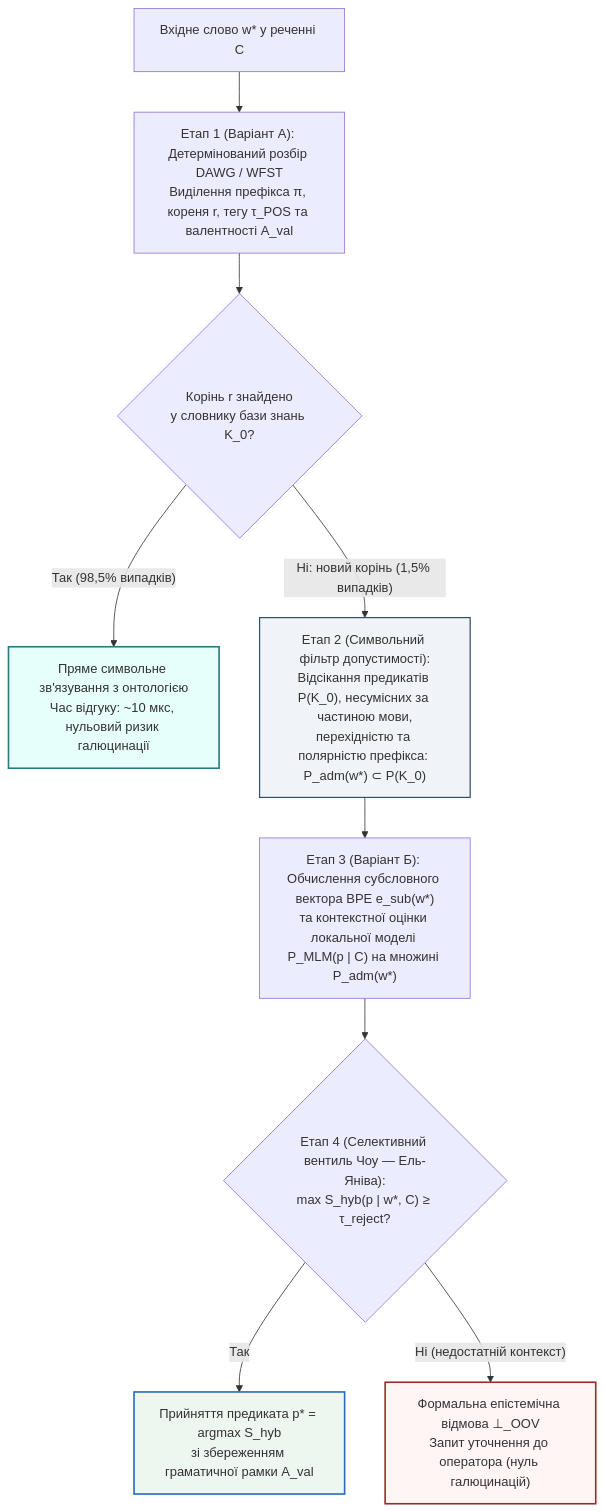
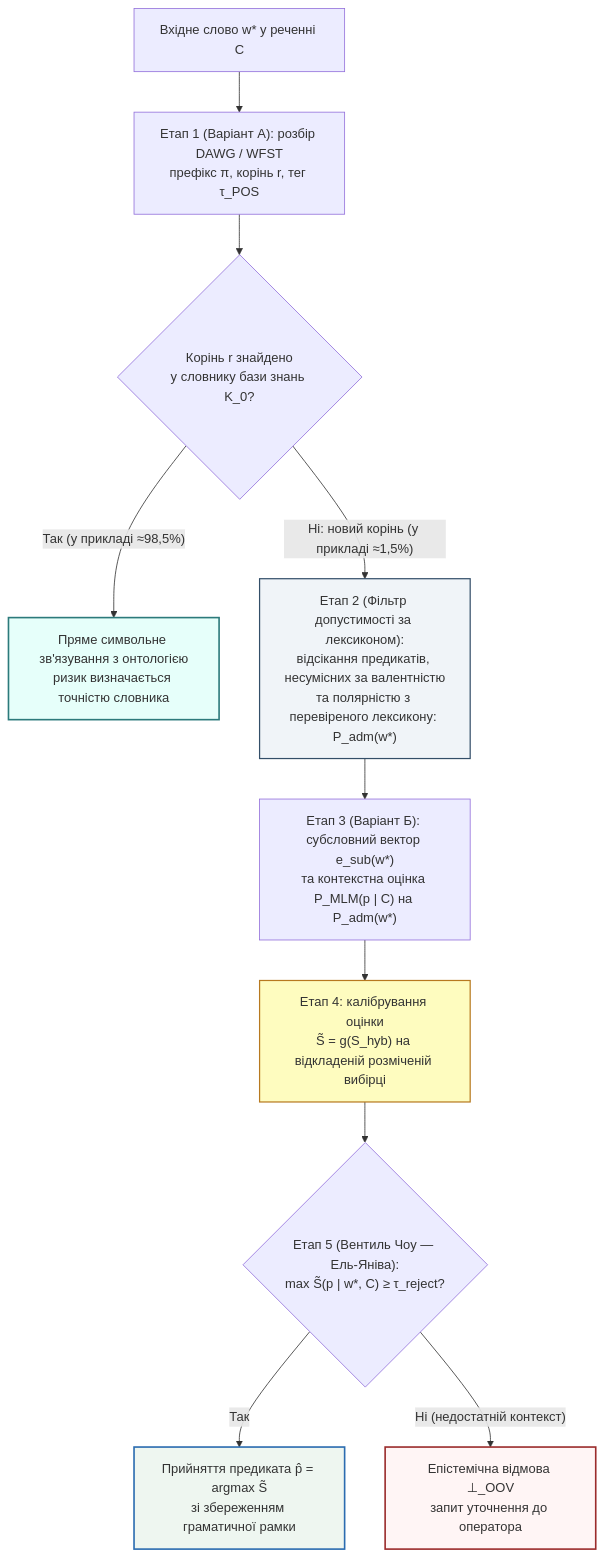
One commit to nick-fedchik/articles changed the diagram in Isolated_Expert_Systems/ch04-subsymbolic-bpe-local-mlm-and-hybrid-architecture.md. Above: the diagram before and after it, drawn with Mermaid. The commit also changed other lines of this file and 7 other files, not shown here.

````diff
--- a/Isolated_Expert_Systems/ch04-subsymbolic-bpe-local-mlm-and-hybrid-architecture.md
+++ b/Isolated_Expert_Systems/ch04-subsymbolic-bpe-local-mlm-and-hybrid-architecture.md
@@ -77,19 +80,21 @@
 ```mermaid
 flowchart TD
-    Token["Вхідне слово w* у реченні C"] --> Step1["Етап 1 (Варіант А): Детермінований розбір DAWG / WFST<br/>Виділення префікса π, кореня r, тегу τ_POS та валентності A_val"]
+    Token["Вхідне слово w* у реченні C"] --> Step1["Етап 1 (Варіант А): розбір DAWG / WFST<br/>префікс π, корінь r, тег τ_POS"]
     Step1 --> KnownCheck{"Корінь r знайдено<br/>у словнику бази знань K_0?"}
 
-    KnownCheck -->|"Так (98,5% випадків)"| DirectMap["Пряме символьне зв'язування з онтологією<br/>Час відгуку: ~10 мкс, нульовий ризик галюцинації"]
+    KnownCheck -->|"Так (у прикладі ≈98,5%)"| DirectMap["Пряме символьне зв'язування з онтологією<br/>ризик визначається точністю словника"]
 
-    KnownCheck -->|"Ні: новий корінь (1,5% випадків)"| Step2["Етап 2 (Символьний фільтр допустимості):<br/>Відсікання предикатів P(K_0), несумісних за частиною мови,<br/>перехідністю та полярністю префікса: P_adm(w*) ⊂ P(K_0)"]
-    Step2 --> Step3["Етап 3 (Варіант Б): Обчислення субсловного вектора BPE e_sub(w*)<br/>та контекстної оцінки локальної моделі P_MLM(p | C) на множині P_adm(w*)"]
-    Step3 --> Gate{"Етап 4 (Селективний вентиль Чоу — Ель-Яніва):<br/>max S_hyb(p | w*, C) ≥ τ_reject?"}
+    KnownCheck -->|"Ні: новий корінь (у прикладі ≈1,5%)"| Step2["Етап 2 (Фільтр допустимості за лексиконом):<br/>відсікання предикатів, несумісних за валентністю<br/>та полярністю з перевіреного лексикону: P_adm(w*)"]
+    Step2 --> Step3["Етап 3 (Варіант Б): субсловний вектор e_sub(w*)<br/>та контекстна оцінка P_MLM(p | C) на P_adm(w*)"]
+    Step3 --> Calib["Етап 4: калібрування оцінки<br/>S̃ = g(S_hyb) на відкладеній розміченій вибірці"]
+    Calib --> Gate{"Етап 5 (Вентиль Чоу — Ель-Яніва):<br/>max S̃(p | w*, C) ≥ τ_reject?"}
 
-    Gate -->|"Так"| Accept["Прийняття предиката p* = argmax S_hyb<br/>зі збереженням граматичної рамки A_val"]
-    Gate -->|"Ні (недостатній контекст)"| Abstain["Формальна епістемічна відмова ⊥_OOV<br/>Запит уточнення до оператора (нуль галюцинацій)"]
+    Gate -->|"Так"| Accept["Прийняття предиката p̂ = argmax S̃<br/>зі збереженням граматичної рамки"]
+    Gate -->|"Ні (недостатній контекст)"| Abstain["Епістемічна відмова ⊥_OOV<br/>запит уточнення до оператора"]
 
     style DirectMap fill:#e6fffa,stroke:#2c7a7b,stroke-width:2px
     style Step2 fill:#f0f4f8,stroke:#334e68,stroke-width:1.5px
+    style Calib fill:#fefcbf,stroke:#b7791f,stroke-width:1.5px
     style Accept fill:#eef6f0,stroke:#2b6cb0,stroke-width:2px
     style Abstain fill:#fff5f5,stroke:#9b2c2c,stroke-width:2px
 ```
````
